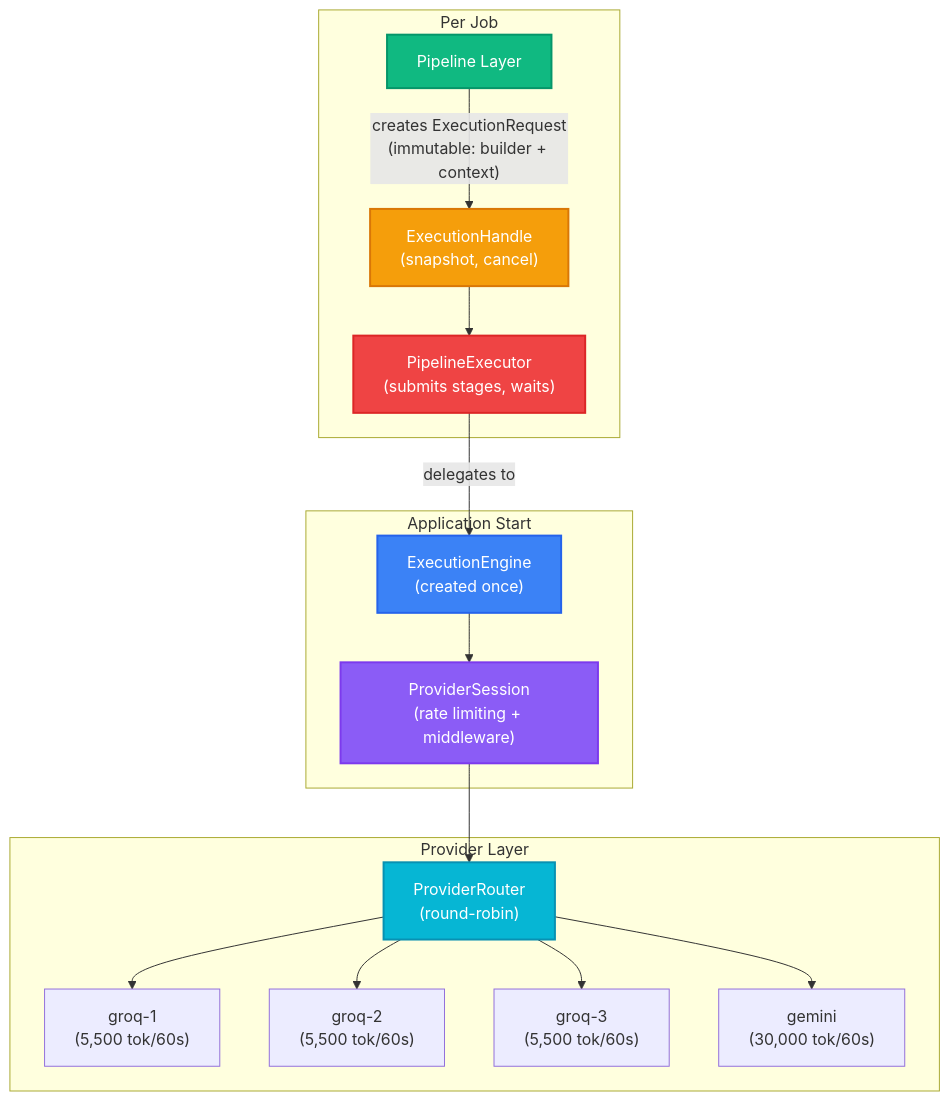
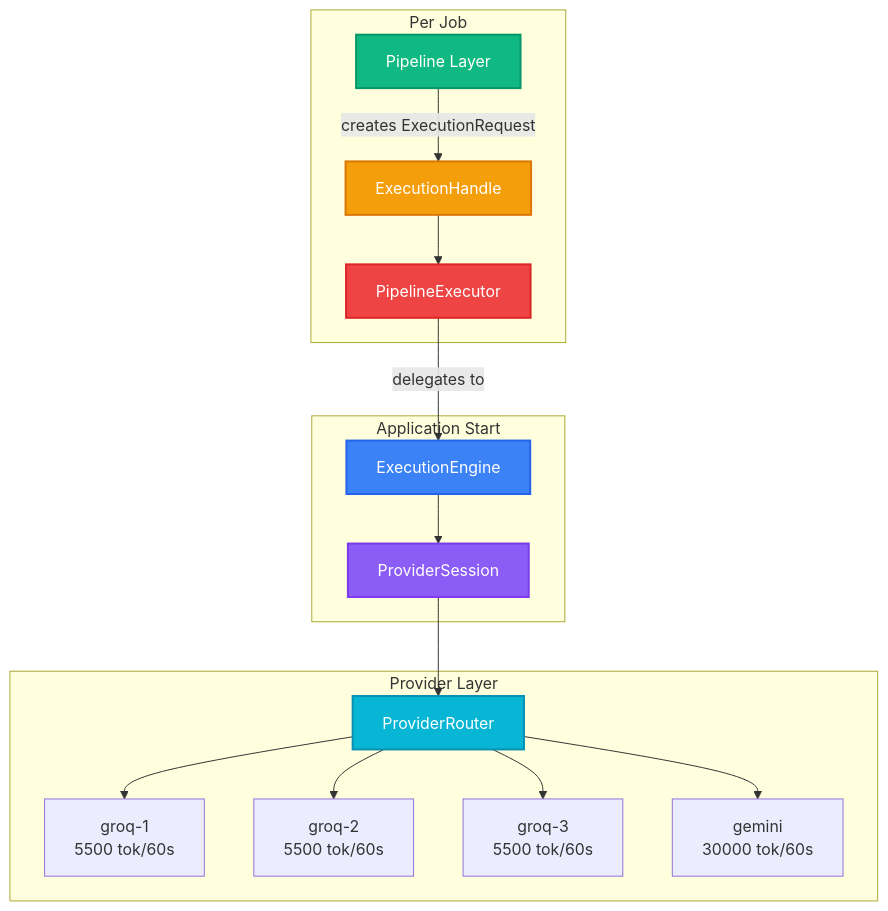
One commit to samm329-ui/Trimora_v2 changed the fourth of 13 diagrams in README.md. Above: the diagram before and after it, drawn with Mermaid. The commit also changed other lines of this file, not shown here.

Commit message:
Update README with V10.1 architecture, 13 Mermaid diagrams, and test summary

````diff
--- a/README.md
+++ b/README.md
@@ -209,30 +332,30 @@
 ```mermaid
 flowchart TB
     subgraph App ["Application Start"]
-        ENGINE["ExecutionEngine\n(created once)"]
-        SESSION["ProviderSession\n(rate limiting + middleware)"]
+        ENGINE["ExecutionEngine"]
+        SESSION["ProviderSession"]
         ENGINE --> SESSION
     end
 
     subgraph Pipeline ["Per Job"]
         PL["Pipeline Layer"]
-        PL -->|"creates ExecutionRequest\n(immutable: builder + context)"| HANDLE["ExecutionHandle\n(snapshot, cancel)"]
-        HANDLE --> EXEC["PipelineExecutor\n(submits stages, waits)"]
+        PL -->|"creates ExecutionRequest"| HANDLE["ExecutionHandle"]
+        HANDLE --> EXEC["PipelineExecutor"]
         EXEC -->|"delegates to"| ENGINE
     end
 
     subgraph Providers ["Provider Layer"]
-        SESSION --> ROUTER["ProviderRouter\n(round-robin)"]
-        ROUTER --> GROQ1["groq-1\n(5,500 tok/60s)"]
-        ROUTER --> GROQ2["groq-2\n(5,500 tok/60s)"]
-        ROUTER --> GROQ3["groq-3\n(5,500 tok/60s)"]
-        ROUTER --> GEMINI["gemini\n(30,000 tok/60s)"]
+        SESSION --> ROUTER["ProviderRouter"]
+        ROUTER --> GROQ1["groq-1\n5500 tok/60s"]
+        ROUTER --> GROQ2["groq-2\n5500 tok/60s"]
+        ROUTER --> GROQ3["groq-3\n5500 tok/60s"]
+        ROUTER --> GEMINI["gemini\n30000 tok/60s"]
     end
 
     style ENGINE fill:#3b82f6,color:#fff,stroke:#2563eb,stroke-width:2px
     style SESSION fill:#8b5cf6,color:#fff,stroke:#7c3aed,stroke-width:2px
     style PL fill:#10b981,color:#fff,stroke:#059669,stroke-width:2px
     style HANDLE fill:#f59e0b,color:#fff,stroke:#d97706,stroke-width:2px
     style EXEC fill:#ef4444,color:#fff,stroke:#dc2626,stroke-width:2px
     style ROUTER fill:#06b6d4,color:#fff,stroke:#0891b2,stroke-width:2px
 ```
````
